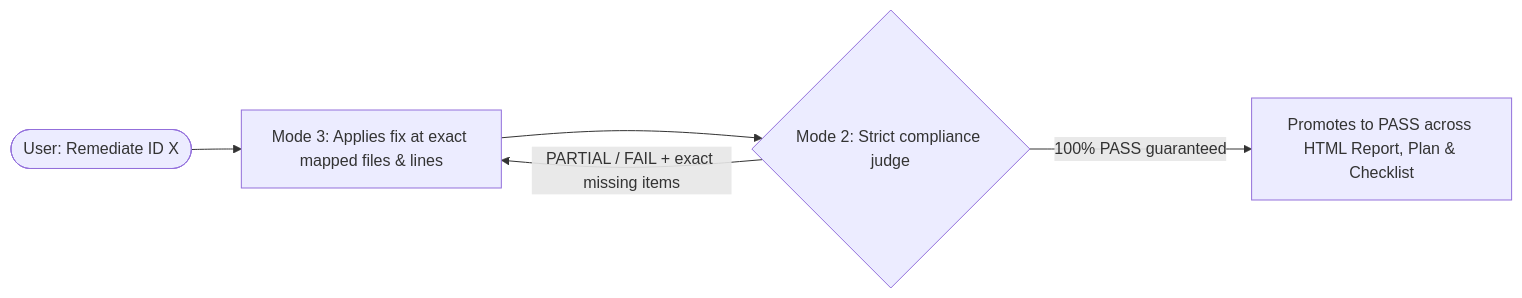
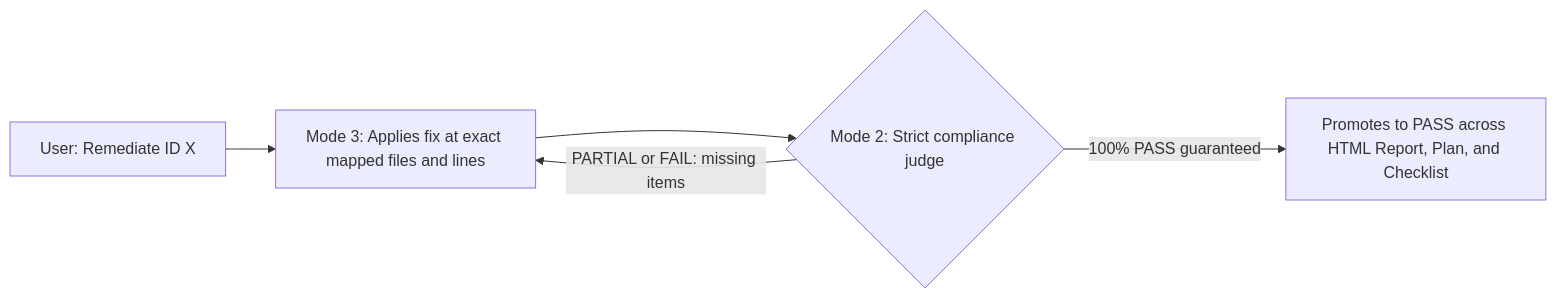
One commit to BrunoReiff/embed-sec-auditor changed the diagram in README.md. Above: the diagram before and after it, drawn with Mermaid. The commit also changed 4 other files, not shown here.

Commit message:
fix(docs): resolve GitHub Mermaid syntax error across README and SKILL.md

````diff
--- a/README.md
+++ b/README.md
@@ -94,7 +94,7 @@
 ```mermaid
 flowchart LR
-    U(["User: Remediate ID X"]) --> M3["Mode 3: Applies fix at exact mapped files & lines"]
+    U["User: Remediate ID X"] --> M3["Mode 3: Applies fix at exact mapped files and lines"]
     M3 --> M2{"Mode 2: Strict compliance judge"}
-    M2 -->|"PARTIAL / FAIL + exact missing items"| M3
-    M2 -->|"100% PASS guaranteed"| OK["Promotes to PASS across HTML Report, Plan & Checklist"]
+    M2 -->|PARTIAL or FAIL: missing items| M3
+    M2 -->|100% PASS guaranteed| OK["Promotes to PASS across HTML Report, Plan, and Checklist"]
 ```
````
